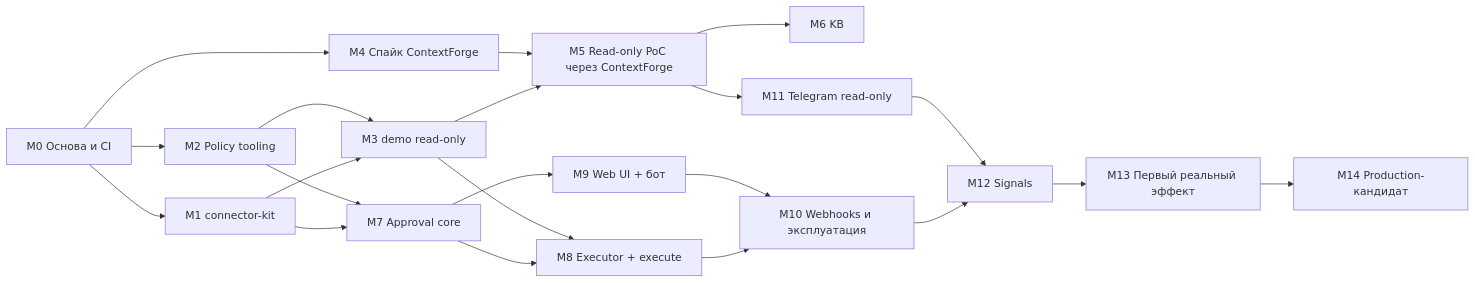
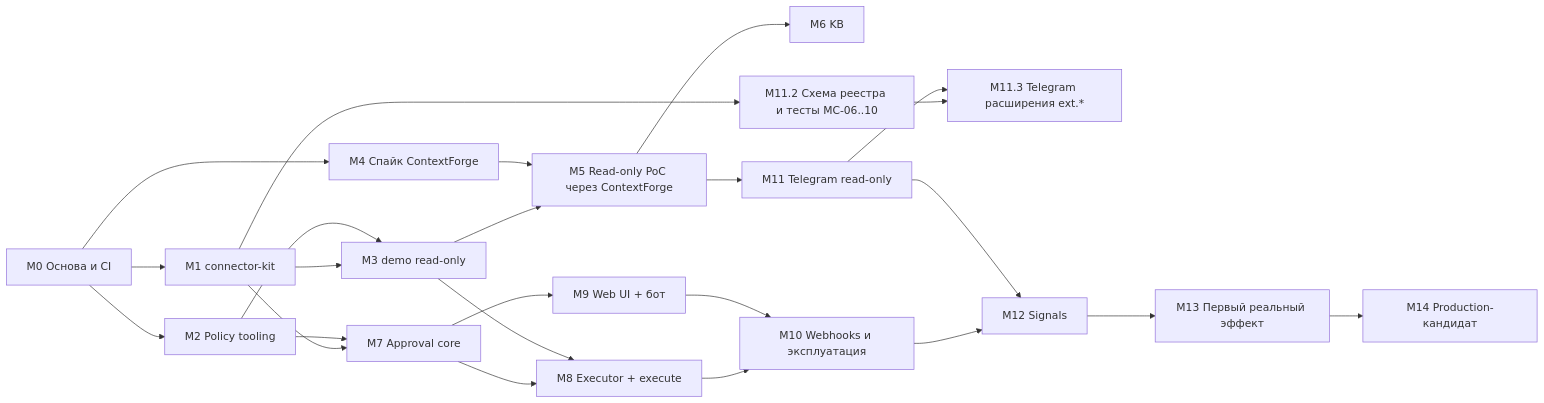
The first of 2 diagrams in docs/implementation-plan-v1.md (dmitry-v-ko/GxG-hub), drawn with Mermaid before and after one commit. The commit also changed other lines of this file and 1 other file, not shown here.

Commit message:
docs(plan): M11.2/M11.3 for MCC-11 extensions, open questions, roadmap 'later' section

````diff
--- a/docs/implementation-plan-v1.md
+++ b/docs/implementation-plan-v1.md
@@ -22,23 +22,26 @@
 ```mermaid
 flowchart LR
   M0[M0 Основа и CI] --> M1[M1 connector-kit]
   M0 --> M2[M2 Policy tooling]
   M0 --> M4[M4 Спайк ContextForge]
   M1 --> M3[M3 demo read-only]
   M2 --> M3
   M3 --> M5[M5 Read-only PoC через ContextForge]
   M4 --> M5
   M5 --> M6[M6 KB]
   M1 --> M7[M7 Approval core]
   M2 --> M7
   M7 --> M8[M8 Executor + execute]
   M3 --> M8
   M7 --> M9[M9 Web UI + бот]
   M8 --> M10[M10 Webhooks и эксплуатация]
   M9 --> M10
   M5 --> M11[M11 Telegram read-only]
+  M1 --> M112[M11.2 Схема реестра и тесты MC-06..10]
+  M112 --> M113[M11.3 Telegram расширения ext.*]
+  M11 --> M113
   M10 --> M12[M12 Signals]
   M11 --> M12
   M12 --> M13[M13 Первый реальный эффект]
   M13 --> M14[M14 Production-кандидат]
 ```
````
